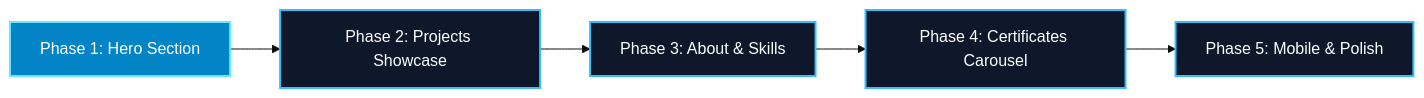
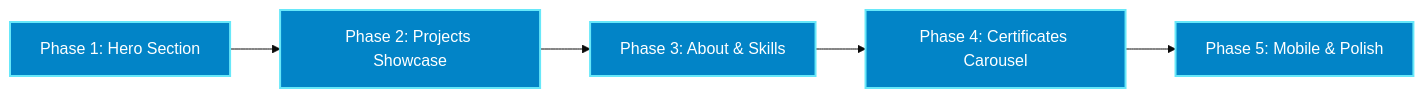
Before and after one commit to Qualestrom/kweyl_portfolio: the diagram in FRONTEND_REVAMP_PLAN.md, drawn with Mermaid (base theme). The commit also changed other lines of this file, not shown here.

Commit message:
docs(plan): complete frontend revamp roadmap with all 5 phases verified

````diff
--- a/FRONTEND_REVAMP_PLAN.md
+++ b/FRONTEND_REVAMP_PLAN.md
@@ -11,13 +11,13 @@
 ```mermaid
 graph LR
     P1[Phase 1: Hero Section] --> P2[Phase 2: Projects Showcase]
     P2 --> P3[Phase 3: About & Skills]
     P3 --> P4[Phase 4: Certificates Carousel]
     P4 --> P5[Phase 5: Mobile & Polish]
 
     style P1 fill:#0284c7,stroke:#67e8f9,stroke-width:2px,color:#fff
-    style P2 fill:#0f172a,stroke:#38bdf8,stroke-width:2px,color:#fff
-    style P3 fill:#0f172a,stroke:#38bdf8,stroke-width:2px,color:#fff
-    style P4 fill:#0f172a,stroke:#38bdf8,stroke-width:2px,color:#fff
-    style P5 fill:#0f172a,stroke:#38bdf8,stroke-width:2px,color:#fff
+    style P2 fill:#0284c7,stroke:#67e8f9,stroke-width:2px,color:#fff
+    style P3 fill:#0284c7,stroke:#67e8f9,stroke-width:2px,color:#fff
+    style P4 fill:#0284c7,stroke:#67e8f9,stroke-width:2px,color:#fff
+    style P5 fill:#0284c7,stroke:#67e8f9,stroke-width:2px,color:#fff
 ```
````
